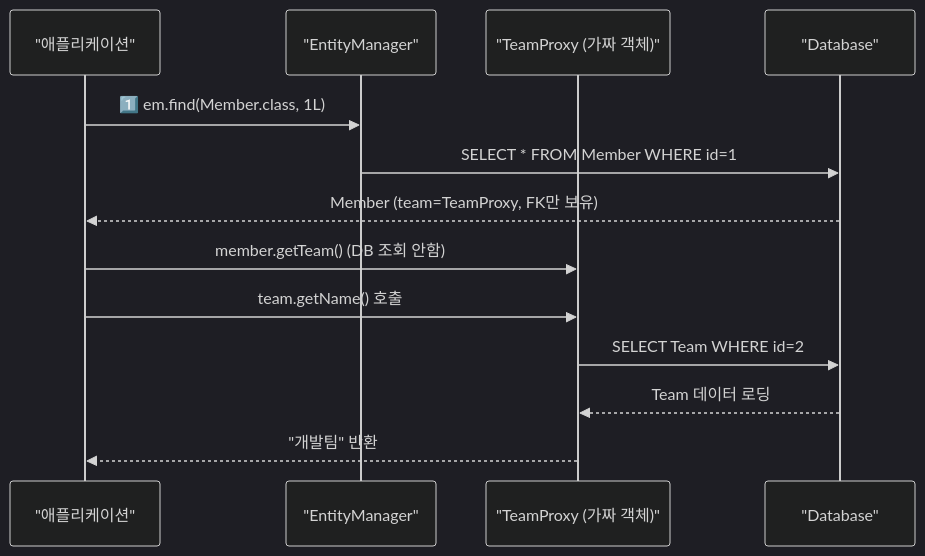
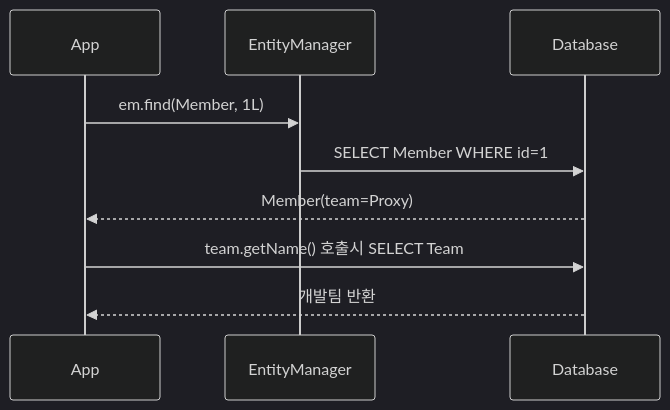
Before and after one commit to yjkim2015/yjkim2015.github.io: the sixth of 10 diagrams in _posts/jpa/2026-05-01-jpa-fundamentals.md, drawn with Mermaid (dark theme). The commit also changed other lines of this file and 155 other files, not shown here.

First line of the commit message:
Mermaid 전면 수정: subgraph 제거, participant/노드/줄수 축소 (342블록)

````diff
--- a/_posts/jpa/2026-05-01-jpa-fundamentals.md
+++ b/_posts/jpa/2026-05-01-jpa-fundamentals.md
@@ -231,15 +228,11 @@
 ```mermaid
 sequenceDiagram
-    participant App as "애플리케이션"
-    participant EM as "EntityManager"
-    participant Proxy as "TeamProxy (가짜 객체)"
-    participant DB as "Database"
-    App->>EM: 1️⃣ em.find(Member.class, 1L)
-    EM->>DB: SELECT * FROM Member WHERE id=1
-    DB-->>App: Member (team=TeamProxy, FK만 보유)
-    App->>Proxy: member.getTeam() (DB 조회 안함)
-    App->>Proxy: team.getName() 호출
-    Proxy->>DB: SELECT Team WHERE id=2
-    DB-->>Proxy: Team 데이터 로딩
-    Proxy-->>App: "개발팀" 반환
+    participant App as App
+    participant EM as EntityManager
+    participant DB as Database
+    App->>EM: em.find(Member, 1L)
+    EM->>DB: SELECT Member WHERE id=1
+    DB-->>App: Member(team=Proxy)
+    App->>DB: team.getName() 호출시 SELECT Team
+    DB-->>App: 개발팀 반환
 ```
````
